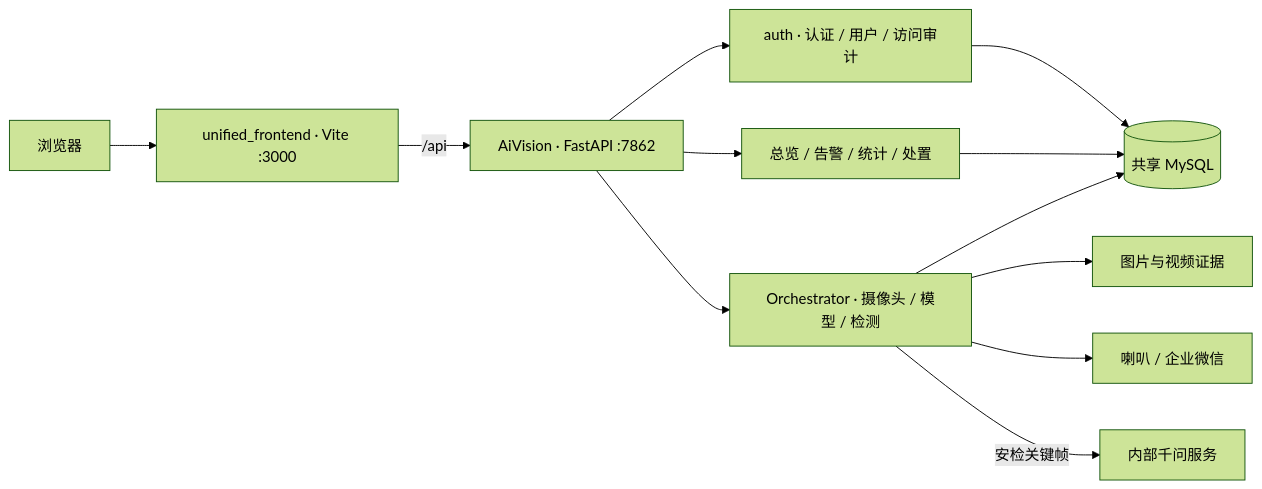
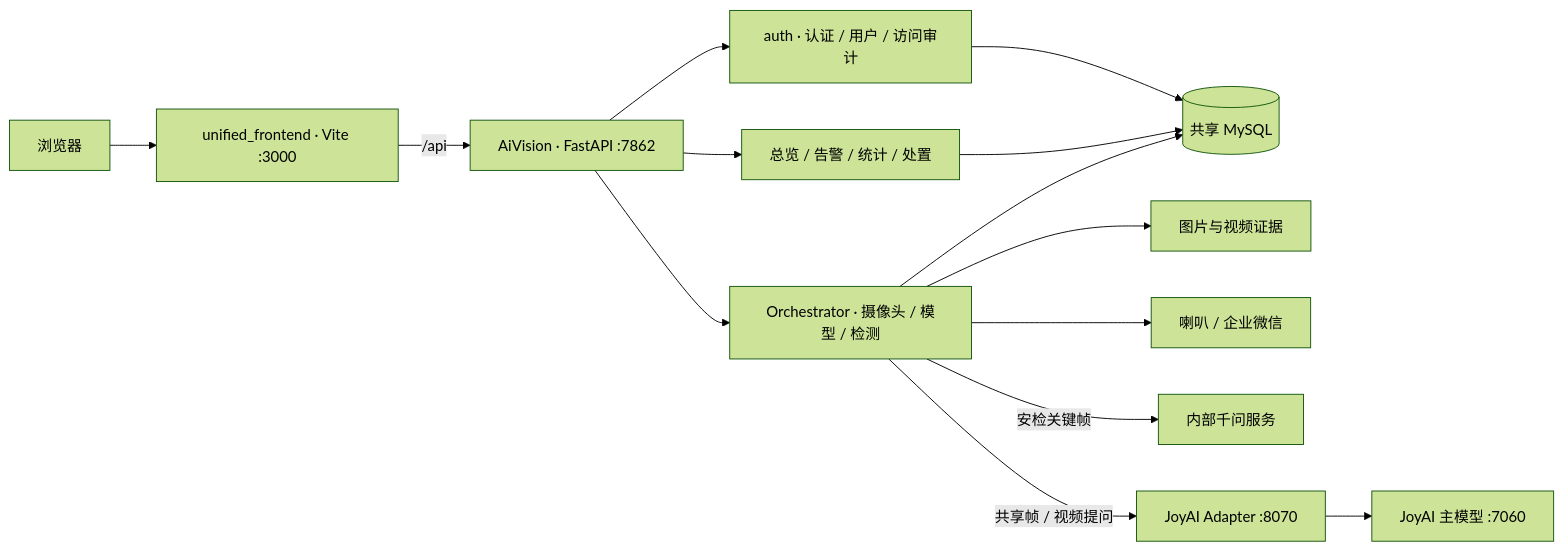
One commit to asmellperson/CVproject1 changed the diagram in README.md. Above: the diagram before and after it, drawn with Mermaid (forest theme). The commit also changed other lines of this file and 31 other files, not shown here.

First line of the commit message:
feat: 接入视觉语言检测与 JoyAI Adapter

````diff
--- a/README.md
+++ b/README.md
@@ -9,14 +9,16 @@
 ```mermaid
 flowchart LR
     Browser[浏览器] --> Frontend[unified_frontend · Vite :3000]
     Frontend -->|/api| API[AiVision · FastAPI :7862]
     API --> Auth[auth · 认证 / 用户 / 访问审计]
     API --> Runtime[Orchestrator · 摄像头 / 模型 / 检测]
     API --> Records[总览 / 告警 / 统计 / 处置]
     Auth --> DB[(共享 MySQL)]
     Records --> DB
     Runtime --> DB
     Runtime --> Media[图片与视频证据]
     Runtime --> Notify[喇叭 / 企业微信]
     Runtime -->|安检关键帧| Qwen[内部千问服务]
+    Runtime -->|共享帧 / 视频提问| JoyAdapter[JoyAI Adapter :8070]
+    JoyAdapter --> JoyAI[JoyAI 主模型 :7060]
 ```
````
